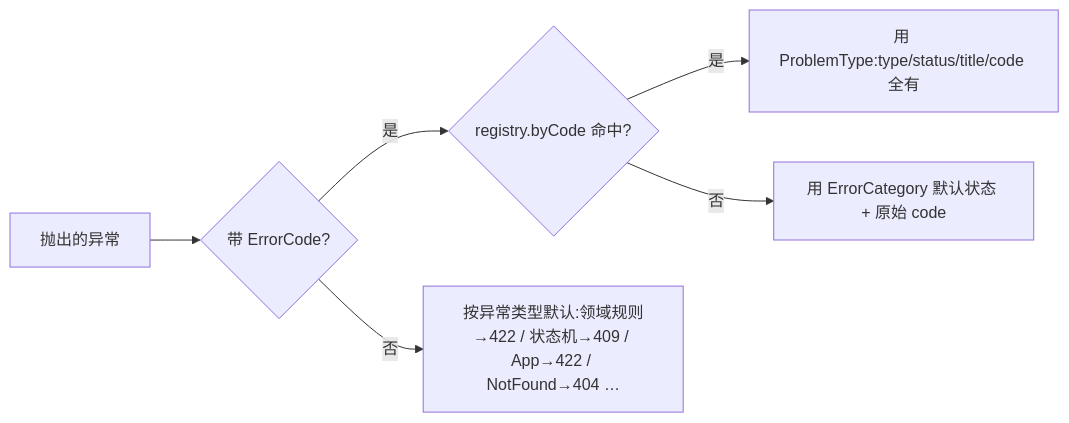
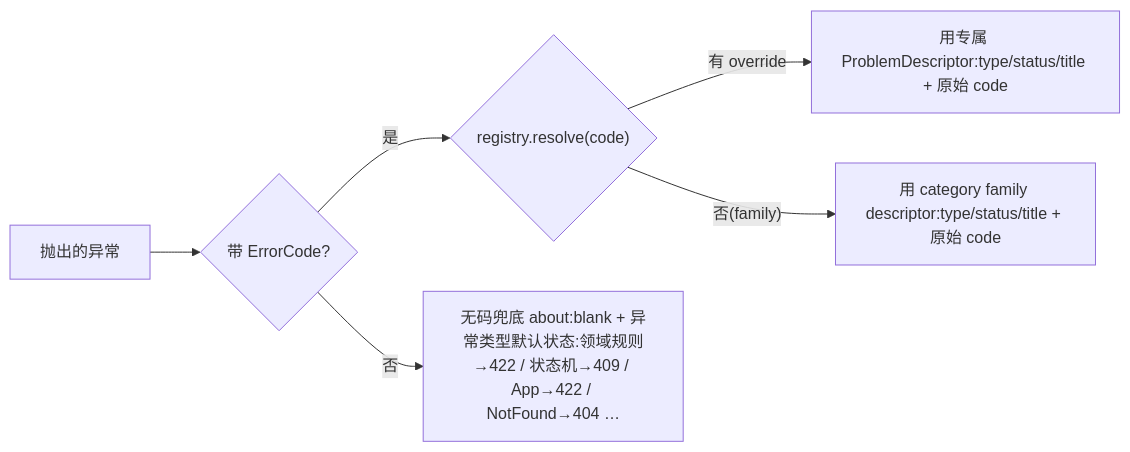
Before and after one commit to ryan-alexander-zhang/ai-native-project-template: the third of 3 diagrams in docs/design/design-00003-exception-model.md, drawn with Mermaid. The commit also changed other lines of this file and 3 other files, not shown here.

First line of the commit message:
docs(exception-model): document ErrorCode → ProblemDescriptor composition (C+)

````diff
--- a/docs/design/design-00003-exception-model.md
+++ b/docs/design/design-00003-exception-model.md
@@ -267,8 +297,8 @@
 ```mermaid
 flowchart LR
   ex["抛出的异常"] --> hasCode{"带 ErrorCode?"}
-  hasCode -- 是 --> reg{"registry.byCode 命中?"}
-  reg -- 是 --> pt["用 ProblemType:type/status/title/code 全有"]
-  reg -- 否 --> cat["用 ErrorCategory 默认状态 + 原始 code"]
-  hasCode -- 否 --> typ["按异常类型默认:领域规则→422 / 状态机→409 / App→422 / NotFound→404 …"]
+  hasCode -- 是 --> reg{"registry.resolve(code)"}
+  reg -- "有 override" --> ov["用专属 ProblemDescriptor:type/status/title + 原始 code"]
+  reg -- "否(family)" --> cat["用 category family descriptor:type/status/title + 原始 code"]
+  hasCode -- 否 --> typ["无码兜底 about:blank + 异常类型默认状态:领域规则→422 / 状态机→409 / App→422 / NotFound→404 …"]
 ```
````
